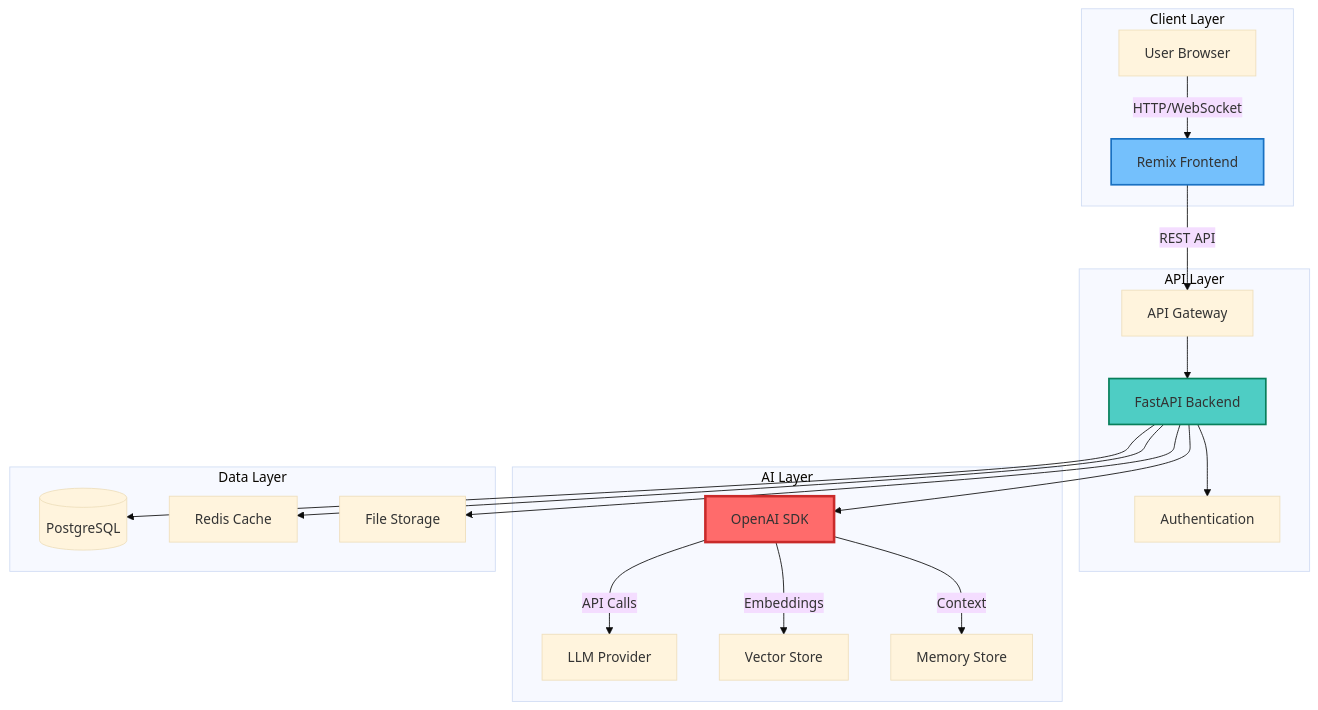
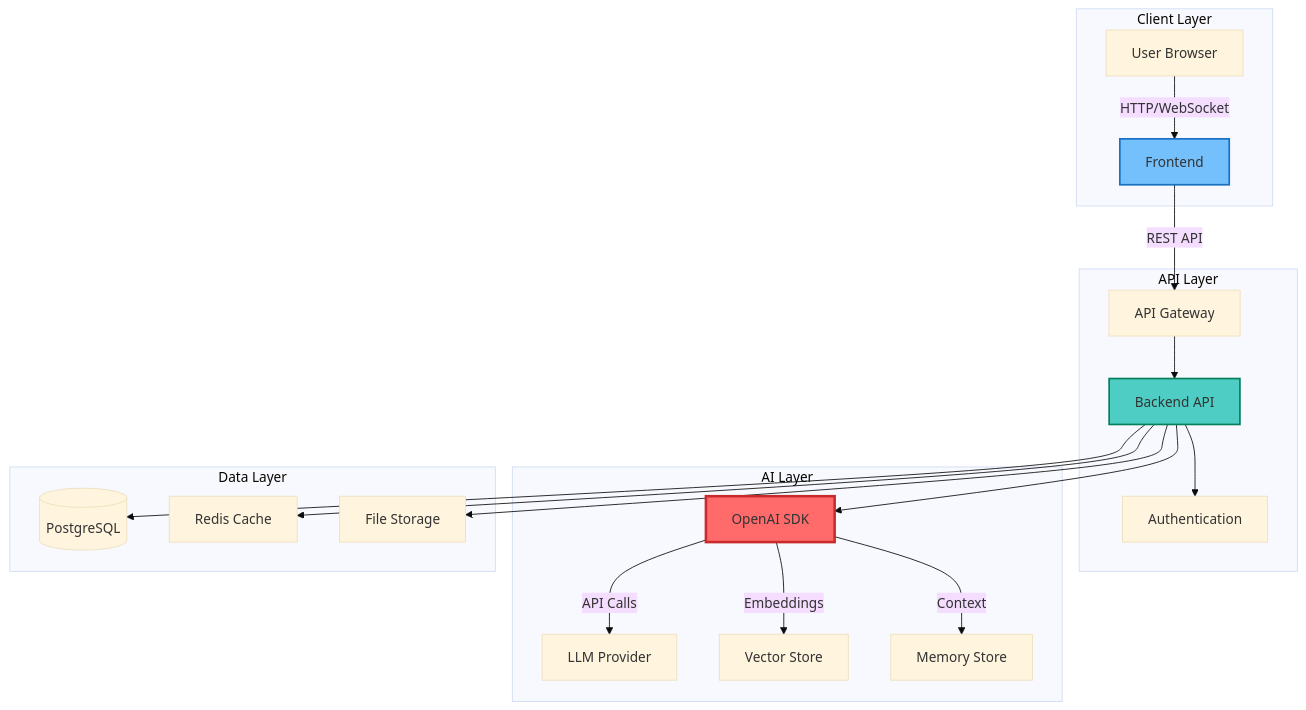
Before and after one commit to mk-knight23/AI-SDK-OPENAI: the diagram in README.md, drawn with Mermaid (base theme). The commit also changed other lines of this file, not shown here.

````diff
--- a/README.md
+++ b/README.md
@@ -332,42 +320,42 @@
 ```mermaid
 graph TB
     subgraph "Client Layer"
         A[User Browser]
-        B[Remix Frontend]
+        B[Frontend]
     end
 
     subgraph "API Layer"
         C[API Gateway]
-        D[FastAPI Backend]
+        D[Backend API]
         E[Authentication]
     end
 
     subgraph "AI Layer"
         F[OpenAI SDK]
         G[LLM Provider]
         H[Vector Store]
         I[Memory Store]
     end
 
     subgraph "Data Layer"
         J[(PostgreSQL)]
         K[Redis Cache]
         L[File Storage]
     end
 
     A -->|HTTP/WebSocket| B
     B -->|REST API| C
     C --> D
     D --> E
     D --> F
     F -->|API Calls| G
     F -->|Embeddings| H
     F -->|Context| I
     D --> J
     D --> K
     D --> L
 
     style F fill:#ff6b6b,stroke:#c92a2a,stroke-width:3px
     style D fill:#4ecdc4,stroke:#087f5b,stroke-width:2px
     style B fill:#74c0fc,stroke:#1971c2,stroke-width:2px
 ```
````
